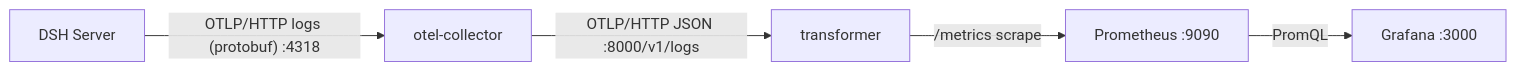
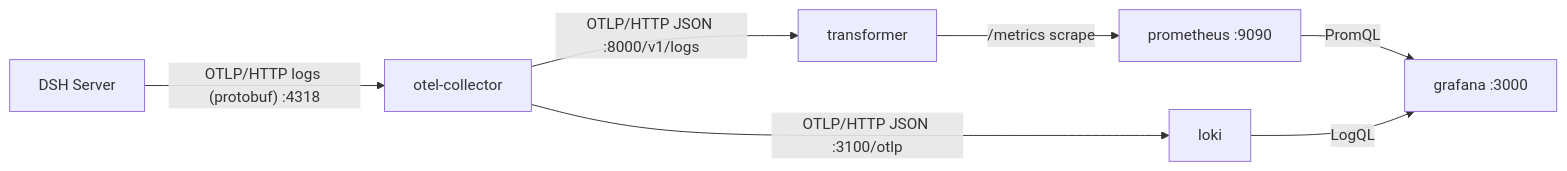
The diagram in docs/architecture.md (mil-software-engineer/harness-opentelemetry), drawn with Mermaid before and after one commit. The commit also changed other lines of this file and 23 other files, not shown here.

````diff
--- a/docs/architecture.md
+++ b/docs/architecture.md
@@ -14,7 +14,9 @@
 ```mermaid
 flowchart LR
     DSH[DSH Server] -- "OTLP/HTTP logs (protobuf) :4318" --> CO[otel-collector]
     CO -- "OTLP/HTTP JSON :8000/v1/logs" --> TR[transformer]
-    TR -- "/metrics scrape" --> PRO[Prometheus :9090]
-    PRO -- "PromQL" --> GRAF[Grafana :3000]
+    CO -- "OTLP/HTTP JSON :3100/otlp" --> LK[loki]
+    TR -- "/metrics scrape" --> PRO[prometheus :9090]
+    PRO -- "PromQL" --> GRAF[grafana :3000]
+    LK -- "LogQL" --> GRAF
 ```
````
